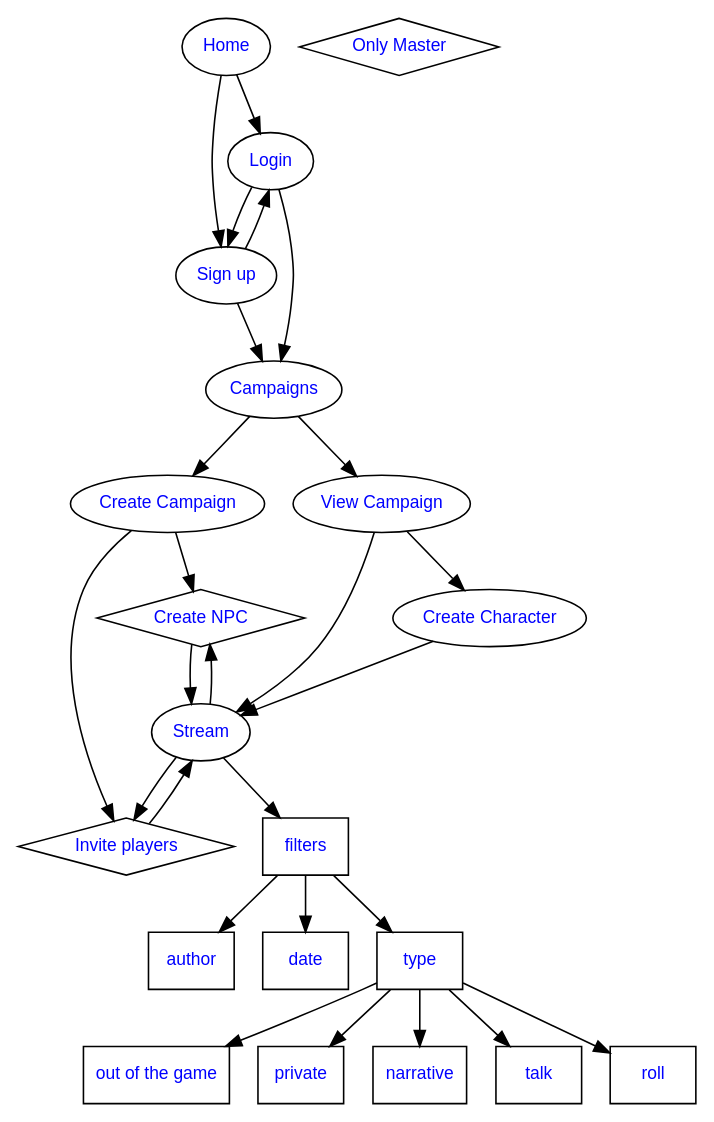
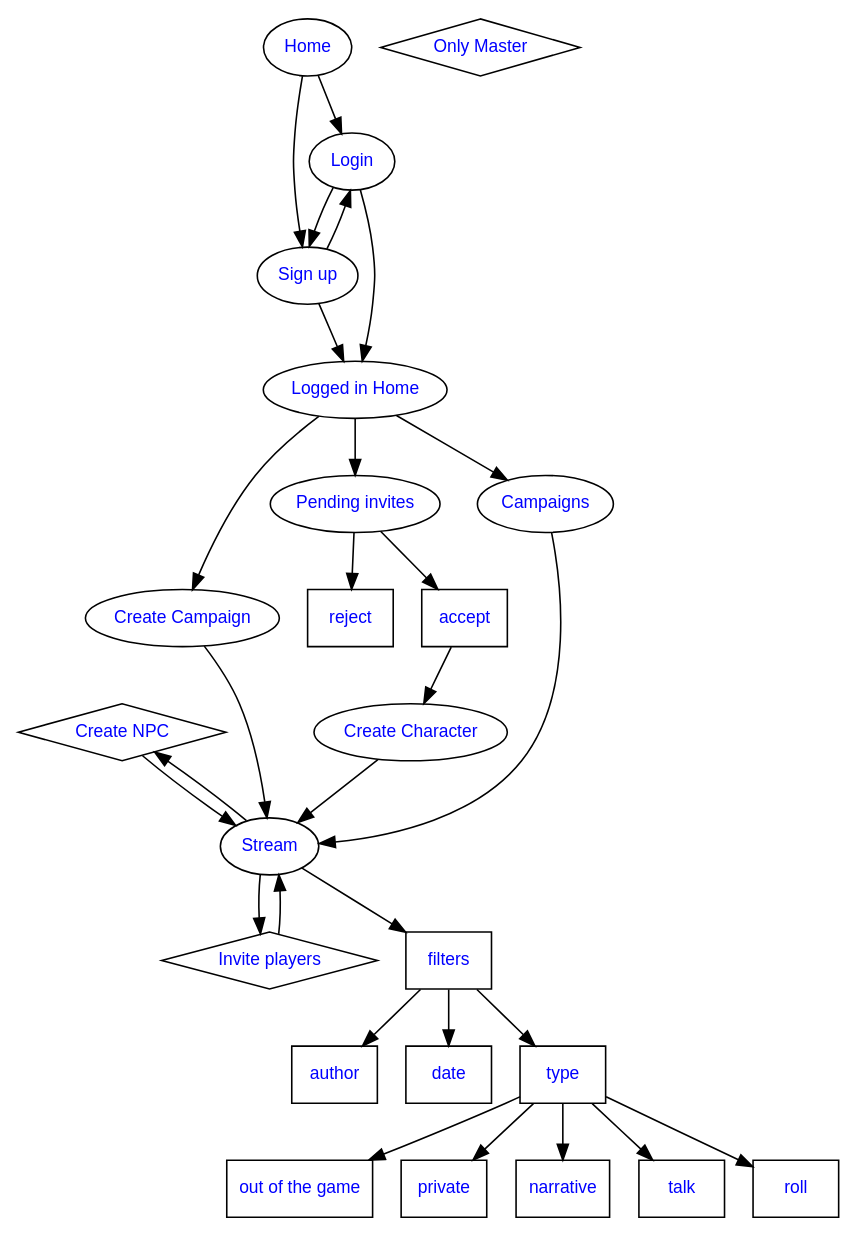
One commit to desarrollo-soft/pbp changed the diagram in doc/flow/flow.dot. Above: the diagram before and after it, drawn with Graphviz. The commit also changed 2 other files, not shown here.

Commit message:
Updated flow. Improved usability

```diff
--- a/doc/flow/flow.dot
+++ b/doc/flow/flow.dot
@@ -1,43 +1,47 @@
 digraph G {
 	node [ fontname=Arial, fontcolor=blue, fontsize=11];
 	edge [ fontname=Helvetica, fontcolor=red, fontsize=10 ];
 	"Create NPC" [shape=diamond]
 	"Invite players" [shape=diamond]
 	"Only Master" [shape=diamond]
 	Home
 	Home -> Login
 	Home -> "Sign up"
 	Login -> "Sign up"
 	"Sign up" -> Login
-	Login -> Campaigns
-	"Sign up" -> Campaigns
-	Campaigns -> "Create Campaign"
-	"Create Campaign" -> "Invite players"
+	Login -> "Logged in Home"
+	"Sign up" -> "Logged in Home"
+	"Logged in Home" -> "Create Campaign"
+	"Logged in Home" -> "Pending invites"
+	"Pending invites" -> reject 
+	reject [shape=box]
 	"Invite players" -> Stream
-	"Create Campaign" -> "Create NPC"
 	"Create NPC" -> Stream
+	"Create Campaign" -> Stream
 	Stream -> "Create NPC"
-	Campaigns -> "View Campaign"
+	"Logged in Home" -> "Campaigns"
 	Stream -> "Invite players"
-	"View Campaign" -> Stream
-	"View Campaign" -> "Create Character"
+	"Campaigns" -> Stream
+	"Pending invites" -> accept
+	accept [shape=box]
+	accept -> "Create Character"
 	"Create Character" -> Stream
 	filters[shape=box]
 	author[shape=box]
 	date[shape=box]
 	type[shape=box]
 	"out of the game"[shape=box]
 	private[shape=box]
 	narrative[shape=box]
 	talk[shape=box]
 	roll[shape=box]
 	Stream -> filters
 	filters -> author
 	filters -> date
 	filters -> type
 	type -> "out of the game"
 	type -> private
 	type -> narrative
 	type -> talk
 	type -> roll
 }
```
